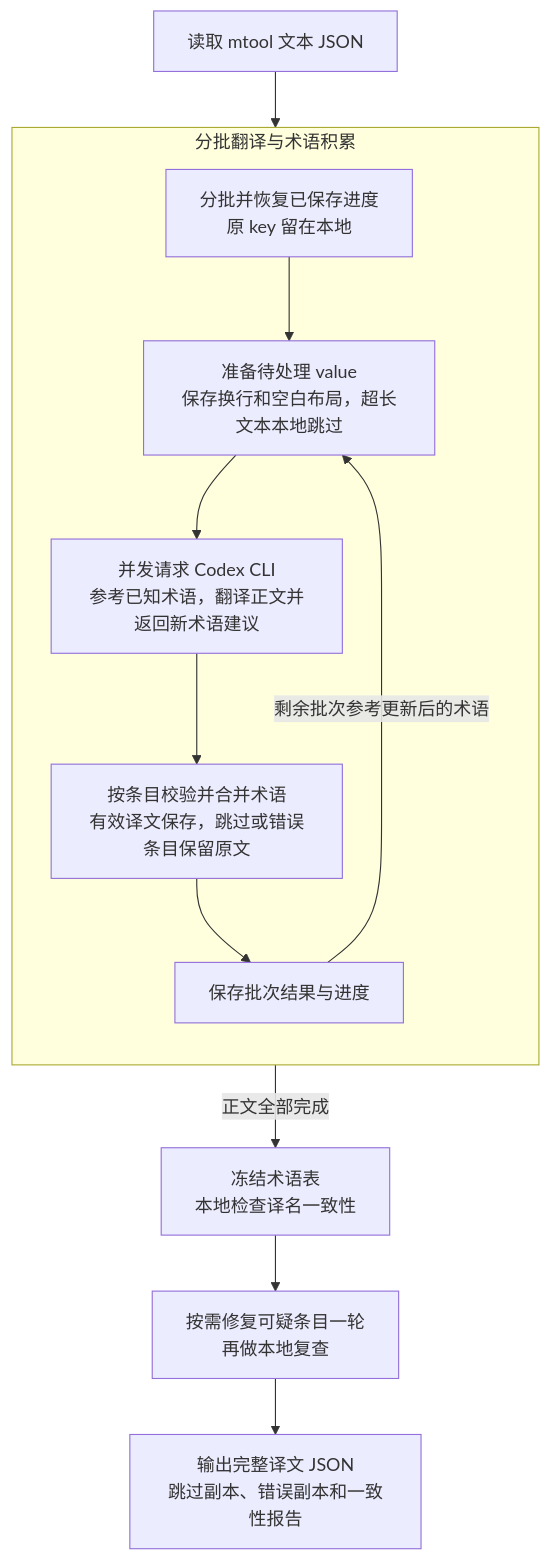
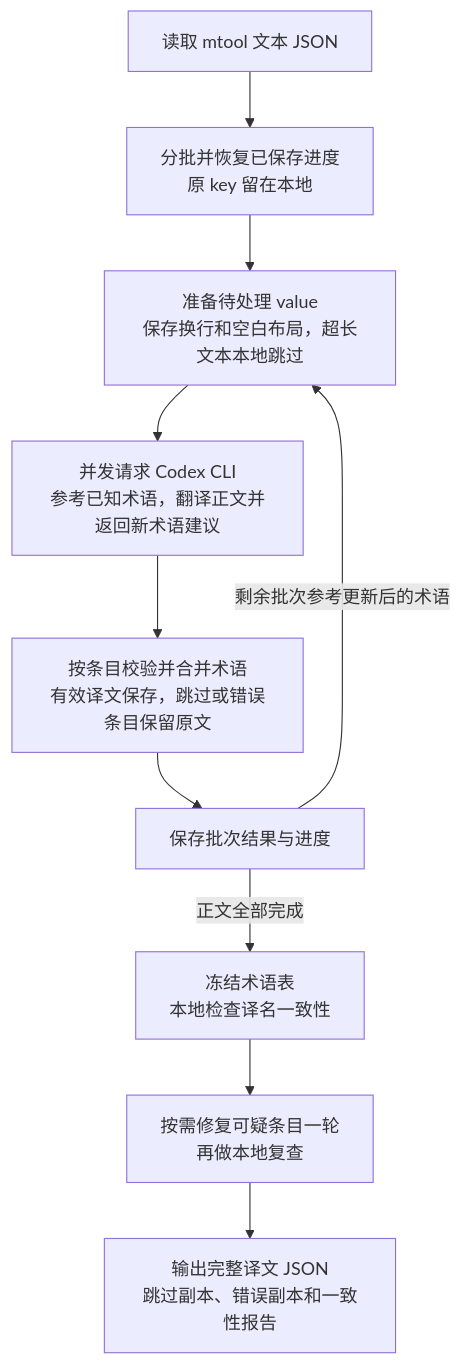
One commit to Cimoccake/codex-mtool-translate changed the diagram in README.md. Above: the diagram before and after it, drawn with Mermaid.

Commit message:
[Codex] 简化 README 流程图以改善 GitHub 渲染兼容性
1. 移除流程图子图容器，改为具体步骤节点连线。
2. 保留批次循环、顶部输入和底部输出，其他 README 内容保持不变。

````diff
--- a/README.md
+++ b/README.md
@@ -67,18 +67,22 @@
 ```mermaid
 flowchart TB
     A["读取 mtool 文本 JSON"]
+    B["分批并恢复已保存进度<br/>原 key 留在本地"]
+    C["准备待处理 value<br/>保存换行和空白布局，超长文本本地跳过"]
+    D["并发请求 Codex CLI<br/>参考已知术语，翻译正文并返回新术语建议"]
+    E["按条目校验并合并术语<br/>有效译文保存，跳过或错误条目保留原文"]
+    F["保存批次结果与进度"]
+    G["冻结术语表<br/>本地检查译名一致性"]
+    H["按需修复可疑条目一轮<br/>再做本地复查"]
+    I["输出完整译文 JSON<br/>跳过副本、错误副本和一致性报告"]
 
-    subgraph T["分批翻译与术语积累"]
-        direction TB
-        B["分批并恢复已保存进度<br/>原 key 留在本地"] --> C["准备待处理 value<br/>保存换行和空白布局，超长文本本地跳过"]
-        C --> D["并发请求 Codex CLI<br/>参考已知术语，翻译正文并返回新术语建议"]
-        D --> E["按条目校验并合并术语<br/>有效译文保存，跳过或错误条目保留原文"]
-        E --> F["保存批次结果与进度"]
-        F -->|剩余批次参考更新后的术语| C
-    end
-
-    A --> T
-    T -->|正文全部完成| G["冻结术语表<br/>本地检查译名一致性"]
-    G --> H["按需修复可疑条目一轮<br/>再做本地复查"]
-    H --> I["输出完整译文 JSON<br/>跳过副本、错误副本和一致性报告"]
+    A --> B
+    B --> C
+    C --> D
+    D --> E
+    E --> F
+    F -->|剩余批次参考更新后的术语| C
+    F -->|正文全部完成| G
+    G --> H
+    H --> I
 ```
````
